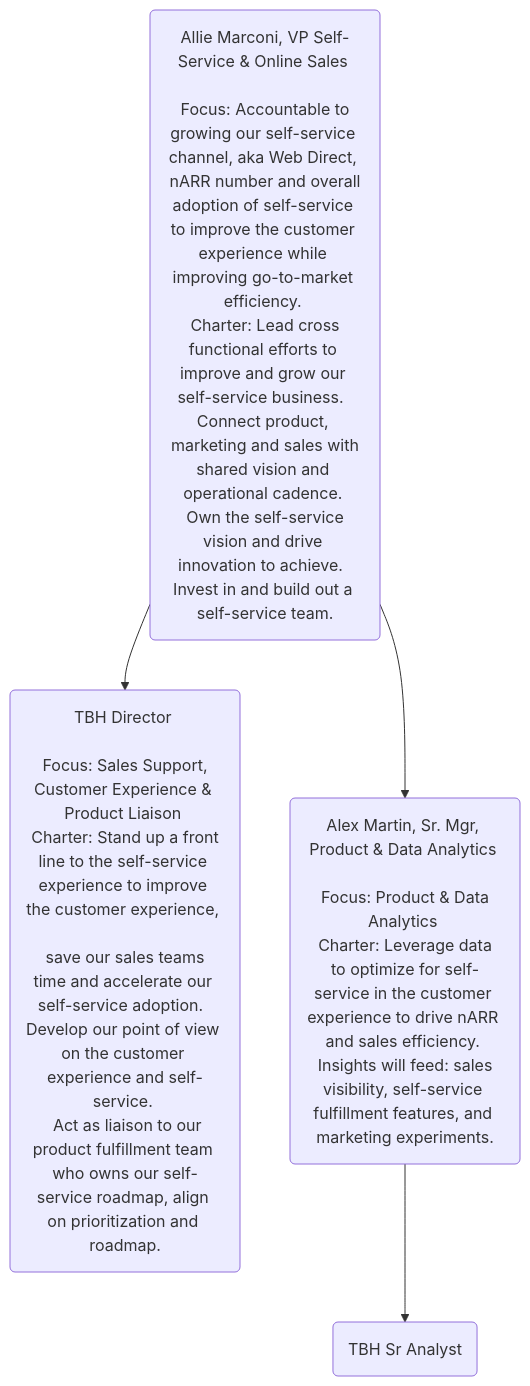
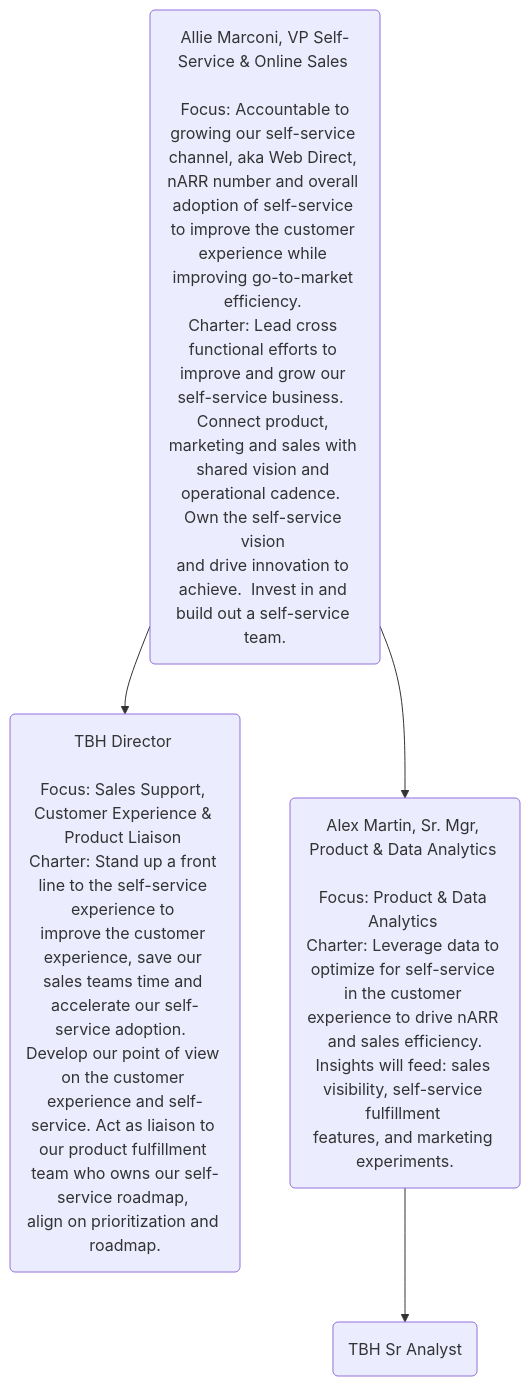
The diagram in sales/self-service/index.html.md (secretstartups/handbook), drawn with Mermaid before and after one commit. The commit also changed other lines of this file, not shown here.

````diff
--- a/sales/self-service/index.html.md
+++ b/sales/self-service/index.html.md
@@ -61,7 +63,7 @@
 ```mermaid
 graph TD
-    A(Allie Marconi, VP Self-Service & Online Sales <br>  <br> Focus: Accountable to growing our self-service channel, aka Web Direct, <br> nARR number and overall adoption of self-service to improve the customer experience while improving go-to-market efficiency. <br> Charter: Lead cross functional efforts to improve and grow our self-service business.  Connect product, <br> marketing and sales with shared vision and operational cadence. <br> Own the self-service vision and drive innovation to achieve.  Invest in and build out a self-service team.) 
-    A --> B(TBH Director <br>  <br> Focus: Sales Support, Customer Experience & Product Liaison <br> Charter: Stand up a front line to the self-service experience to improve the customer experience,  <br> save our sales teams time and accelerate our self-service adoption.  Develop our point of view on the customer experience and self-service. <br>  Act as liaison to our product fulfillment team who owns our self-service roadmap, align on prioritization and roadmap.) 
-    A --> C(Alex Martin, Sr. Mgr, Product & Data Analytics <br>  <br> Focus: Product & Data Analytics <br> Charter: Leverage data to optimize for self-service in the customer experience to drive nARR and sales efficiency. <br> Insights will feed: sales visibility, self-service fulfillment features, and marketing experiments. ) 
+    A(Allie Marconi, VP Self-Service & Online Sales <br>  <br> Focus: Accountable to growing our self-service channel, aka Web Direct, <br>nARR number and overall adoption of self-service to improve the customer <br>experience while improving go-to-market efficiency. <br>Charter: Lead cross functional efforts to improve and grow our <br>self-service business.  Connect product, marketing and sales with <br>shared vision and operational cadence.  Own the self-service vision <br>and drive innovation to achieve.  Invest in and build out a self-service team.) 
+    A --> B(TBH Director <br>  <br>Focus: Sales Support, Customer Experience & Product Liaison <br>Charter: Stand up a front line to the self-service experience to <br>improve the customer experience, save our sales teams time and <br>accelerate our self-service adoption.  Develop our point of view <br>on the customer experience and self-service. Act as liaison to <br>our product fulfillment team who owns our self-service roadmap, <br>align on prioritization and roadmap.) 
+    A --> C(Alex Martin, Sr. Mgr, Product & Data Analytics <br>  <br>Focus: Product & Data Analytics <br>Charter: Leverage data to optimize for self-service <br>in the customer experience to drive nARR and sales efficiency.<br>Insights will feed: sales visibility, self-service fulfillment <br>features, and marketing experiments.) 
     C --> D(TBH Sr Analyst)
 ```
````
